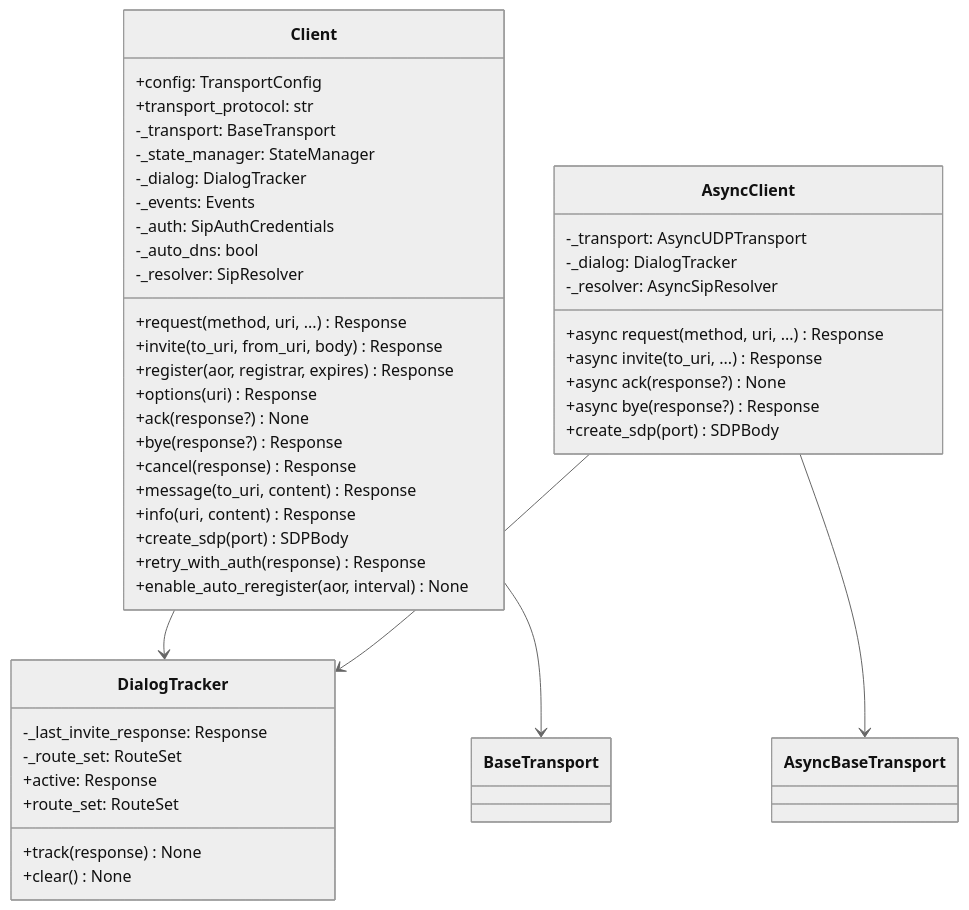
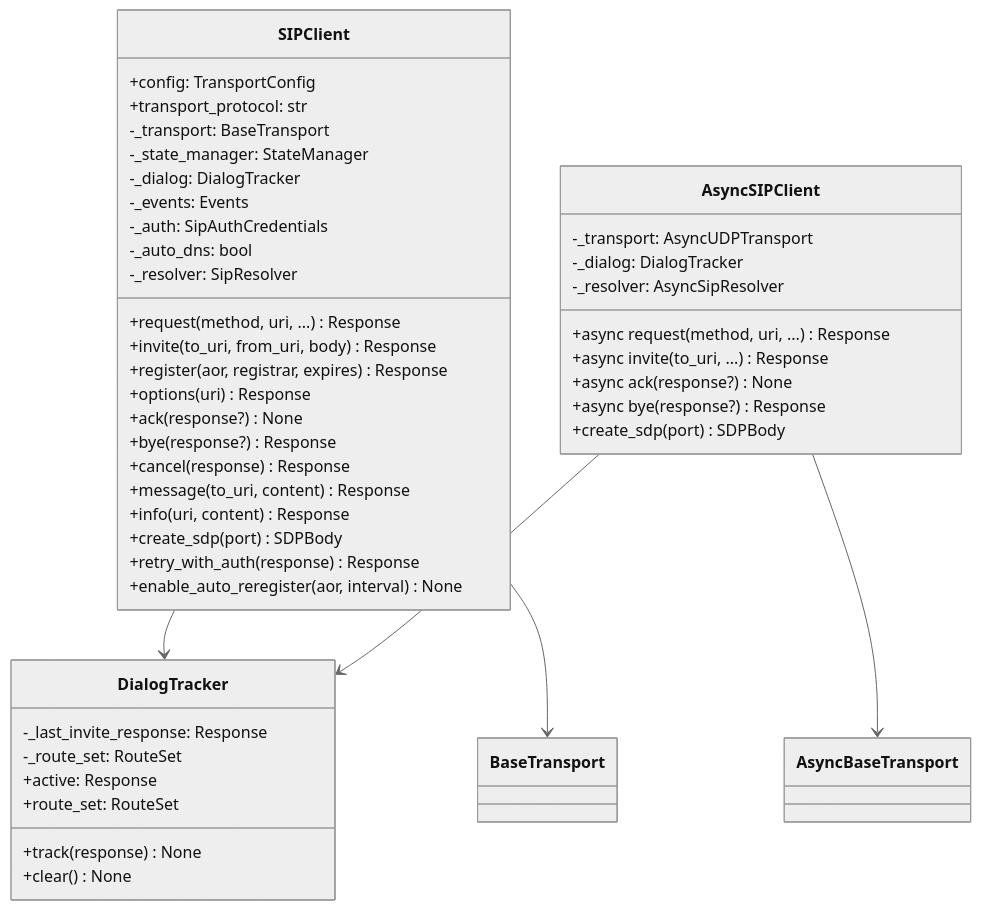
The second of 9 diagrams in docs/SDD.md (oornnery/sipx), drawn with Mermaid (neutral theme) before and after one commit. The commit also changed other lines of this file and 77 other files, not shown here.

````diff
--- a/docs/SDD.md
+++ b/docs/SDD.md
@@ -270,51 +270,51 @@
 ```mermaid
 classDiagram
-    class Client {
+    class SIPClient {
         +config: TransportConfig
         +transport_protocol: str
         -_transport: BaseTransport
         -_state_manager: StateManager
         -_dialog: DialogTracker
         -_events: Events
         -_auth: SipAuthCredentials
         -_auto_dns: bool
         -_resolver: SipResolver
         +request(method, uri, ...) Response
         +invite(to_uri, from_uri, body) Response
         +register(aor, registrar, expires) Response
         +options(uri) Response
         +ack(response?) None
         +bye(response?) Response
         +cancel(response) Response
         +message(to_uri, content) Response
         +info(uri, content) Response
         +create_sdp(port) SDPBody
         +retry_with_auth(response) Response
         +enable_auto_reregister(aor, interval) None
     }
 
-    class AsyncClient {
+    class AsyncSIPClient {
         -_transport: AsyncUDPTransport
         -_dialog: DialogTracker
         -_resolver: AsyncSipResolver
         +async request(method, uri, ...) Response
         +async invite(to_uri, ...) Response
         +async ack(response?) None
         +async bye(response?) Response
         +create_sdp(port) SDPBody
     }
 
     class DialogTracker {
         -_last_invite_response: Response
         -_route_set: RouteSet
         +track(response) None
         +active: Response
         +route_set: RouteSet
         +clear() None
     }
 
-    Client --> DialogTracker
-    AsyncClient --> DialogTracker
-    Client --> BaseTransport
-    AsyncClient --> AsyncBaseTransport
+    SIPClient --> DialogTracker
+    AsyncSIPClient --> DialogTracker
+    SIPClient --> BaseTransport
+    AsyncSIPClient --> AsyncBaseTransport
 ```
````
